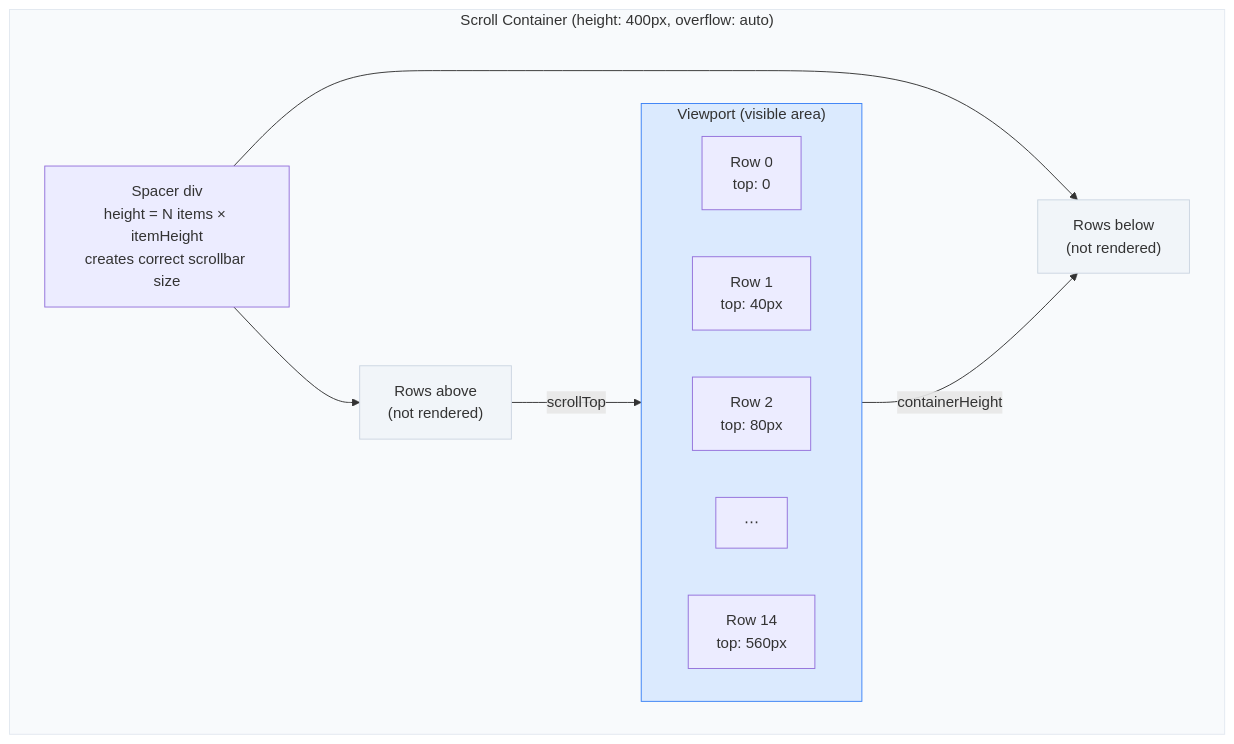
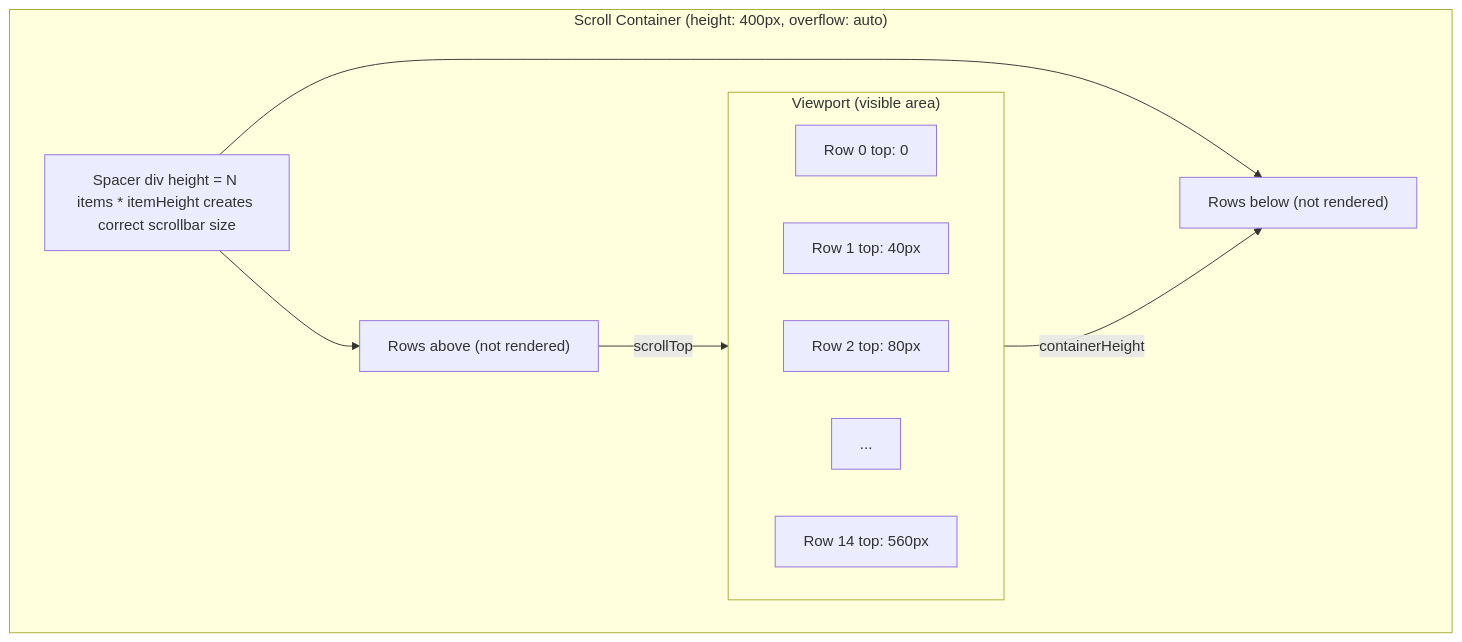
Before and after one commit to ashishxcode/frontend-internals: the second of 2 diagrams in packages/content/content/29-react-machine-coding.mdx, drawn with Mermaid. The commit also changed other lines of this file and 29 other files, not shown here.

Commit message:
rewrite: roadmap engineer-to-engineer + all 34 chapters new spec

````diff
--- a/packages/content/content/29-react-machine-coding.mdx
+++ b/packages/content/content/29-react-machine-coding.mdx
@@ -397,28 +68,20 @@
 ```mermaid
 flowchart TB
   subgraph Container["Scroll Container (height: 400px, overflow: auto)"]
-    Spacer["Spacer div<br/>height = N items × itemHeight<br/>creates correct scrollbar size"]
-
+    Spacer["Spacer div height = N items * itemHeight creates correct scrollbar size"]
     subgraph Viewport["Viewport (visible area)"]
       direction LR
-      R1["Row 0<br/>top: 0"]
-      R2["Row 1<br/>top: 40px"]
-      R3["Row 2<br/>top: 80px"]
-      Dot["⋯"]
-      R14["Row 14<br/>top: 560px"]
+      R1["Row 0 top: 0"]
+      R2["Row 1 top: 40px"]
+      R3["Row 2 top: 80px"]
+      Dot["..."]
+      R14["Row 14 top: 560px"]
     end
-
-    Above["Rows above<br/>(not rendered)"]
-    Below["Rows below<br/>(not rendered)"]
+    Above["Rows above (not rendered)"]
+    Below["Rows below (not rendered)"]
   end
-
   Above -->|"scrollTop"| Viewport
   Viewport -->|"containerHeight"| Below
   Spacer --> Above
   Spacer --> Below
-
-  style Above fill:#f1f5f9,stroke:#cbd5e1
-  style Below fill:#f1f5f9,stroke:#cbd5e1
-  style Viewport fill:#dbeafe,stroke:#3b82f6
-  style Container fill:#f8fafc,stroke:#e2e8f0
 ```
````
